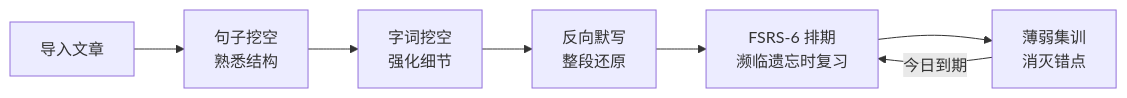
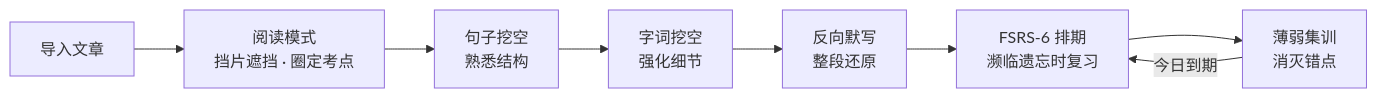
Before and after one commit to ilyskyo/Blancall: the diagram in README.md, drawn with Mermaid. The commit also changed other lines of this file and 1 other file, not shown here.

Commit message:
docs: 学习闭环图补阅读模式节点；取消详表折叠改为平铺

````diff
--- a/README.md
+++ b/README.md
@@ -44,9 +44,10 @@
 ```mermaid
 flowchart LR
-    A[导入文章] --> B[句子挖空<br>熟悉结构]
-    B --> C[字词挖空<br>强化细节]
-    C --> D[反向默写<br>整段还原]
-    D --> E[FSRS-6 排期<br>濒临遗忘时复习]
-    E --> F[薄弱集训<br>消灭错点]
-    F -->|今日到期| E
+    A[导入文章] --> B[阅读模式<br>挡片遮挡 · 圈定考点]
+    B --> C[句子挖空<br>熟悉结构]
+    C --> D[字词挖空<br>强化细节]
+    D --> E[反向默写<br>整段还原]
+    E --> F[FSRS-6 排期<br>濒临遗忘时复习]
+    F --> G[薄弱集训<br>消灭错点]
+    G -->|今日到期| F
 ```
````
